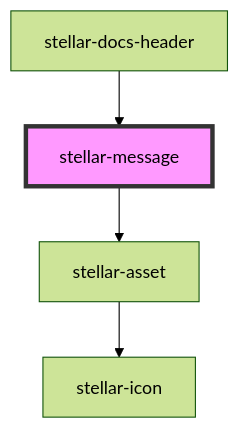
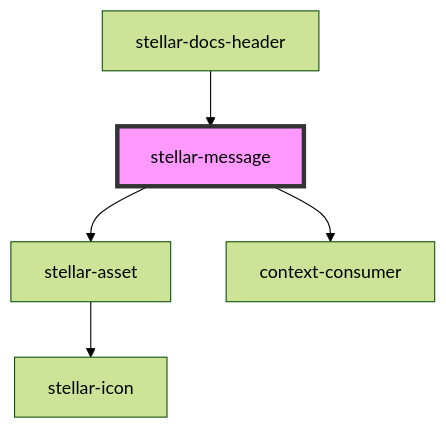
The diagram in src/components/ui/message/readme.md (splitinfinities/Stellar), drawn with Mermaid (forest theme) before and after one commit. The commit also changed other lines of this file and 44 other files, not shown here.

````diff
--- a/src/components/ui/message/readme.md
+++ b/src/components/ui/message/readme.md
@@ -98,7 +100,8 @@
 ```mermaid
 graph TD;
   stellar-message --> stellar-asset
+  stellar-message --> context-consumer
   stellar-asset --> stellar-icon
   stellar-docs-header --> stellar-message
   style stellar-message fill:#f9f,stroke:#333,stroke-width:4px
 ```
````
